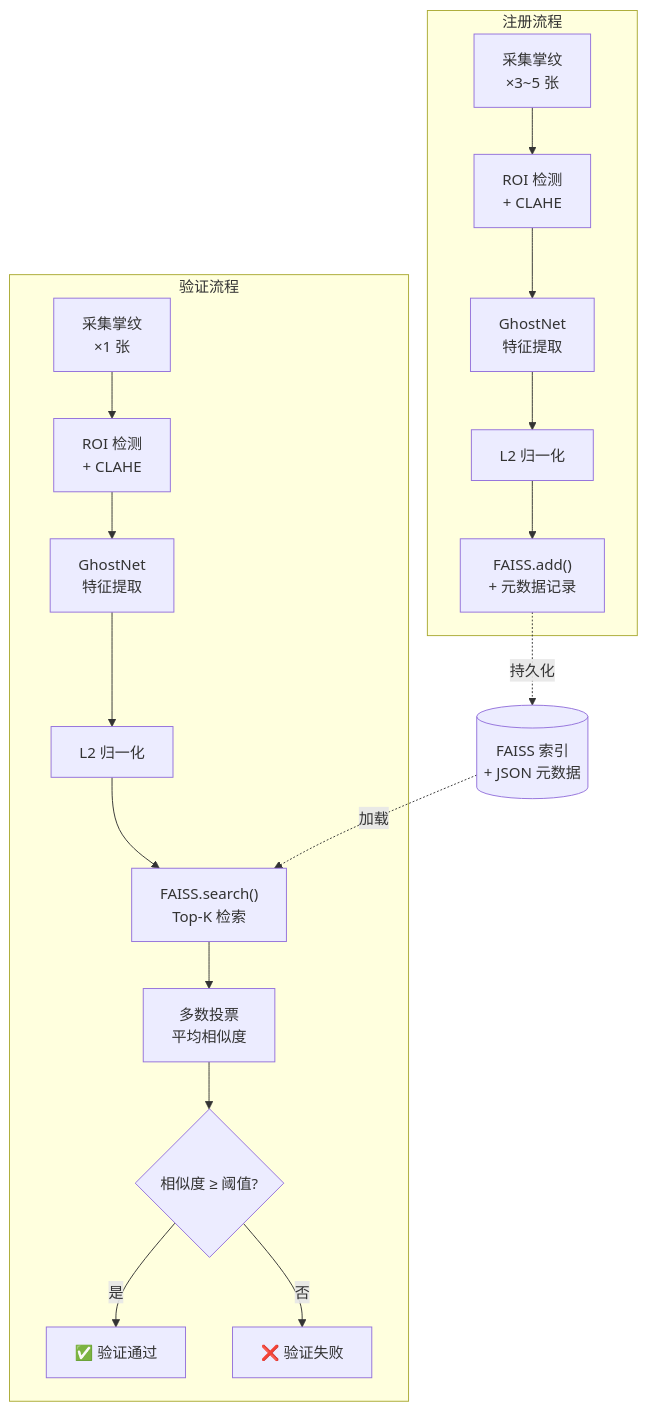
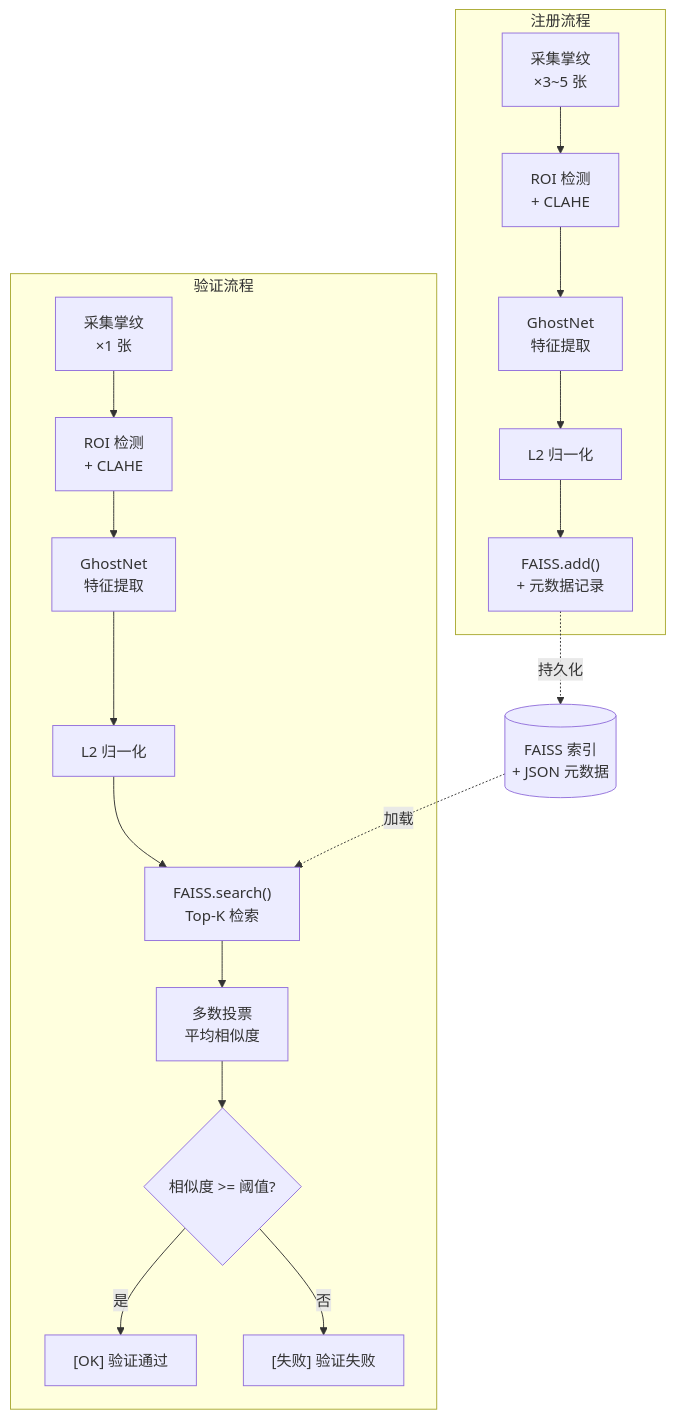
One commit to zhouxzh/Ascend310 changed the fifth of 7 diagrams in src/experiment/case4.md. Above: the diagram before and after it, drawn with Mermaid. The commit also changed other lines of this file and 51 other files, not shown here.

````diff
--- a/src/experiment/case4.md
+++ b/src/experiment/case4.md
@@ -444,23 +444,23 @@
 ```mermaid
 flowchart TD
     subgraph ENROLL["注册流程"]
         E1["采集掌纹\n×3~5 张"] --> E2["ROI 检测\n+ CLAHE"]
         E2 --> E3["GhostNet\n特征提取"]
         E3 --> E4["L2 归一化"]
         E4 --> E5["FAISS.add()\n+ 元数据记录"]
     end
 
     subgraph VERIFY["验证流程"]
         V1["采集掌纹\n×1 张"] --> V2["ROI 检测\n+ CLAHE"]
         V2 --> V3["GhostNet\n特征提取"]
         V3 --> V4["L2 归一化"]
         V4 --> V5["FAISS.search()\nTop-K 检索"]
         V5 --> V6["多数投票\n平均相似度"]
-        V6 --> V7{"相似度 ≥ 阈值?"}
-        V7 -->|"是"| V8["✅ 验证通过"]
-        V7 -->|"否"| V9["❌ 验证失败"]
+        V6 --> V7{"相似度 >= 阈值?"}
+        V7 -->|"是"| V8["[OK] 验证通过"]
+        V7 -->|"否"| V9["[失败] 验证失败"]
     end
 
     E5 -.->|"持久化"| DB[("FAISS 索引\n+ JSON 元数据")]
     DB -.->|"加载"| V5
 ```
````
